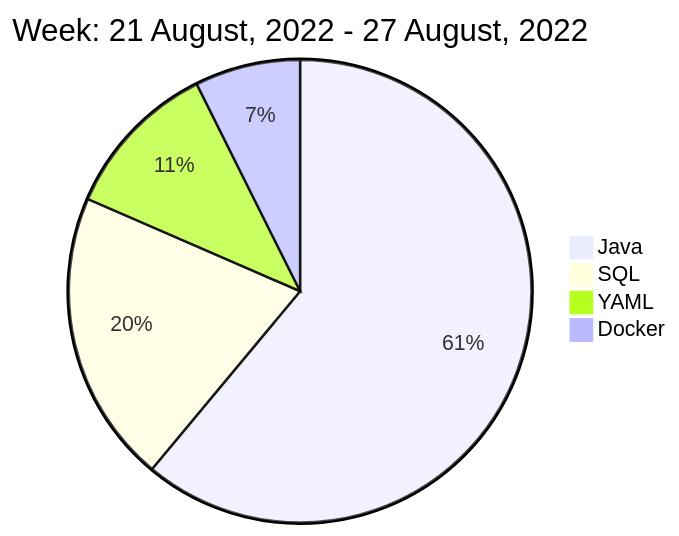
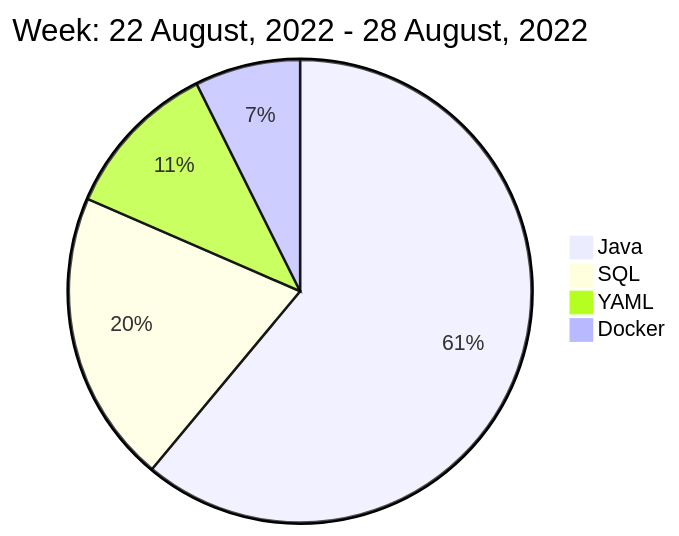
One commit to liubin95/liubin95 changed the diagram in README.md. Above: the diagram before and after it, drawn with Mermaid.

Commit message:
Updated the Graph with new Metrics

````diff
--- a/README.md
+++ b/README.md
@@ -40,8 +40,8 @@
 ```mermaid
  pie
-title Week: 21 August, 2022 - 27 August, 2022
+title Week: 22 August, 2022 - 28 August, 2022
  "Java" : 5.22
  "SQL" : 1.75
  "YAML" : 0.95
  "Docker" : 0.63
 ```
````
